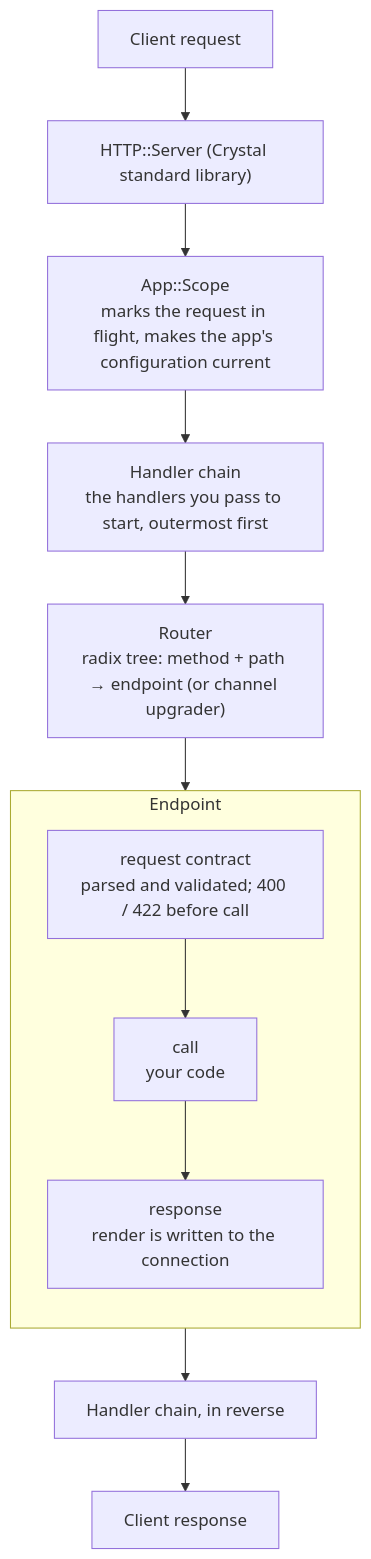
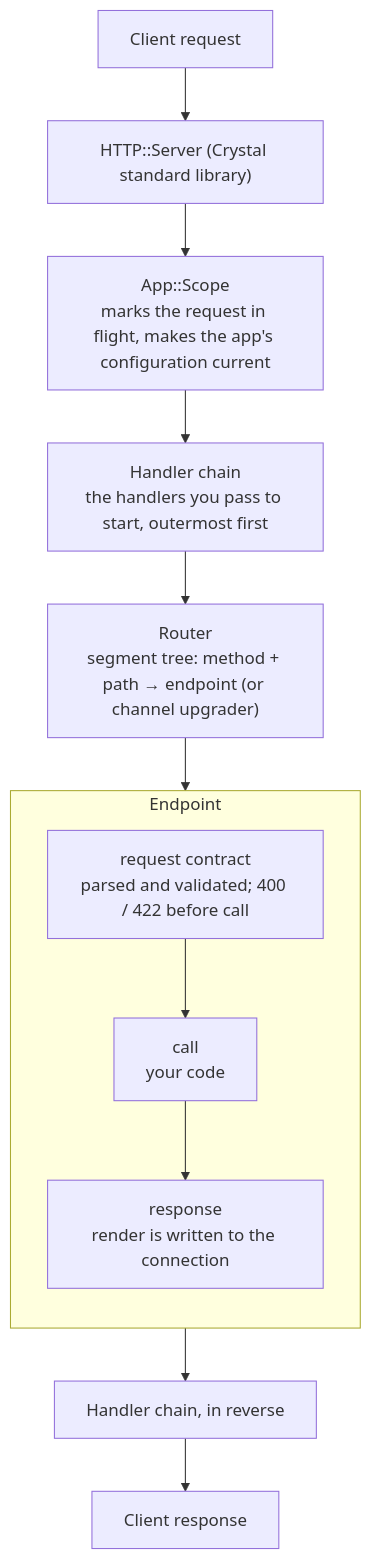
Before and after one commit to azutoolkit/azu: the first of 4 diagrams in docs/explanation/architecture/overview.md, drawn with Mermaid. The commit also changed other lines of this file and 37 other files, not shown here.

First line of the commit message:
Router: find routes in the segment tree; remove radix and the path cache (#234)

````diff
--- a/docs/explanation/architecture/overview.md
+++ b/docs/explanation/architecture/overview.md
@@ -29,15 +29,15 @@
 ```mermaid
 flowchart TD
     request["Client request"] --> server["HTTP::Server (Crystal standard library)"]
     server --> scope["App::Scope<br/>marks the request in flight, makes the app's configuration current"]
     scope --> chain["Handler chain<br/>the handlers you pass to start, outermost first"]
-    chain --> router["Router<br/>radix tree: method + path → endpoint (or channel upgrader)"]
+    chain --> router["Router<br/>segment tree: method + path → endpoint (or channel upgrader)"]
     subgraph endpoint["Endpoint"]
         direction TB
         contract["request contract<br/>parsed and validated; 400 / 422 before call"] --> handle["call<br/>your code"]
         handle --> response["response<br/>render is written to the connection"]
     end
     router --> endpoint
     endpoint --> reverse["Handler chain, in reverse"]
     reverse --> client["Client response"]
 ```
````
